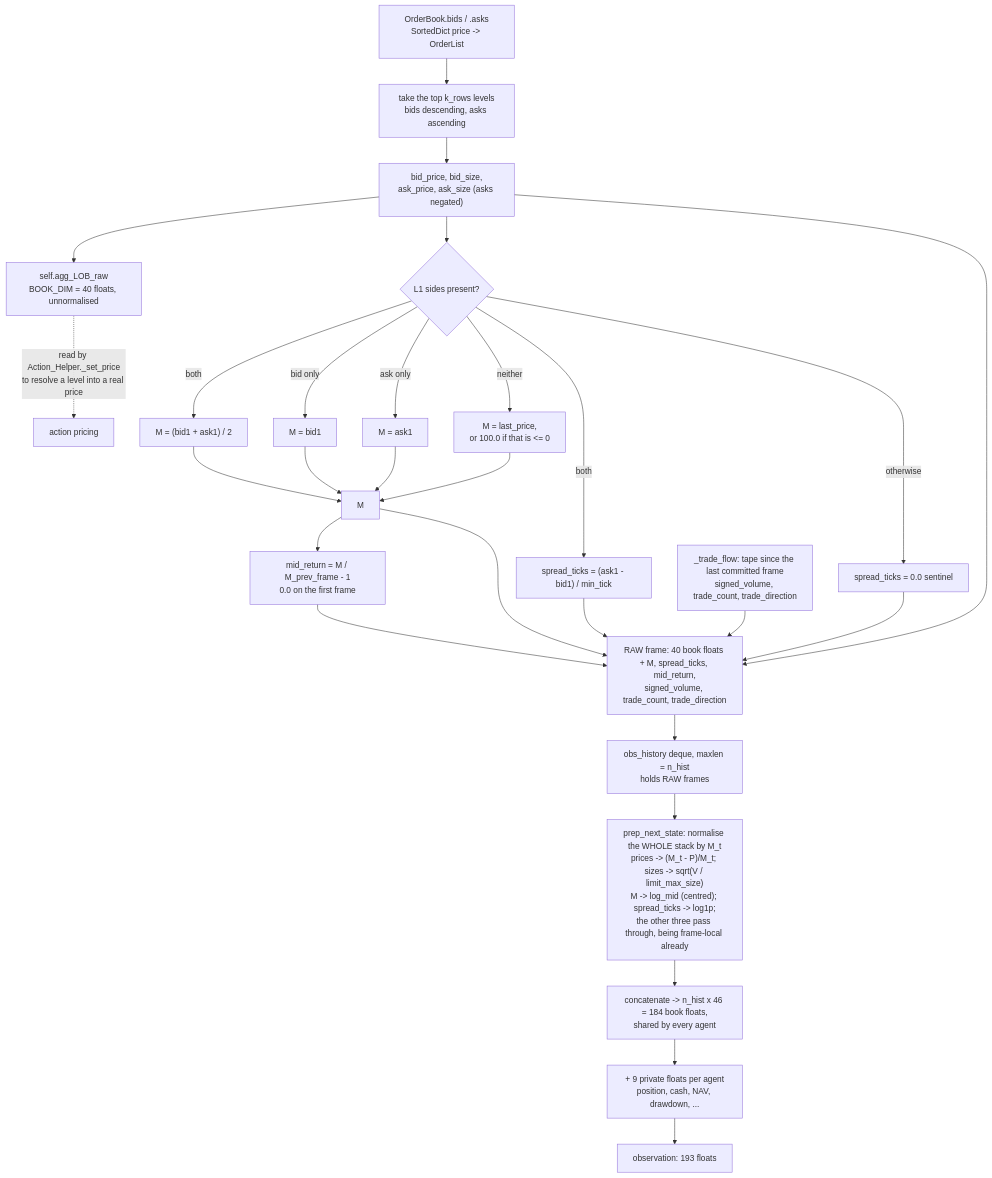
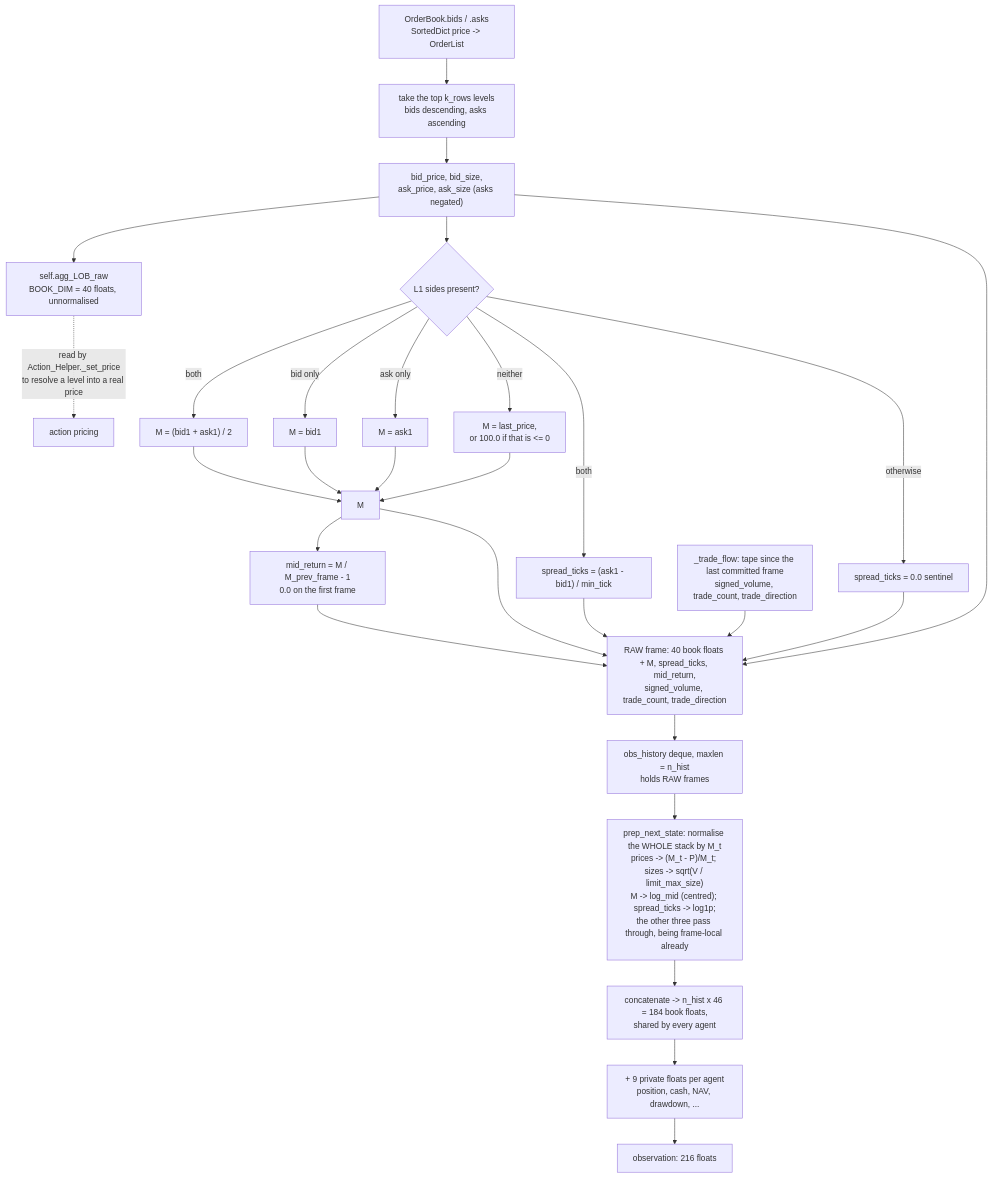
The first of 2 diagrams in doc/05_observation_space.md (ChuaCheowHuan/gym-continuousDoubleAuction), drawn with Mermaid before and after one commit. The commit also changed other lines of this file and 42 other files, not shown here.

````diff
--- a/doc/05_observation_space.md
+++ b/doc/05_observation_space.md
@@ -109,37 +133,37 @@
 ```mermaid
 flowchart TD
     LOB["OrderBook.bids / .asks<br/>SortedDict price -> OrderList"] --> TOP["take the top k_rows levels<br/>bids descending, asks ascending"]
     TOP --> RAW["bid_price, bid_size,<br/>ask_price, ask_size (asks negated)"]
     RAW --> KEEP["self.agg_LOB_raw<br/>BOOK_DIM = 40 floats, unnormalised"]
     KEEP -.->|"read by Action_Helper._set_price<br/>to resolve a level into a real price"| ACT["action pricing"]
 
     RAW --> M{"L1 sides present?"}
     M -->|"both"| M1["M = (bid1 + ask1) / 2"]
     M -->|"bid only"| M2["M = bid1"]
     M -->|"ask only"| M3["M = ask1"]
     M -->|"neither"| M4["M = last_price,<br/>or 100.0 if that is <= 0"]
 
     M1 --> MID["M"]
     M2 --> MID
     M3 --> MID
     M4 --> MID
 
     M -->|"both"| SPREAD["spread_ticks = (ask1 - bid1) / min_tick"]
     M -->|"otherwise"| SENT["spread_ticks = 0.0 sentinel"]
     MID --> MR["mid_return = M / M_prev_frame - 1<br/>0.0 on the first frame"]
     TAPE["_trade_flow: tape since the last committed frame<br/>signed_volume, trade_count, trade_direction"]
 
     RAW --> FRAME
     MID --> FRAME
     SPREAD --> FRAME
     SENT --> FRAME
     MR --> FRAME
     TAPE --> FRAME
     FRAME["RAW frame: 40 book floats + M, spread_ticks, mid_return,<br/>signed_volume, trade_count, trade_direction"]
 
     FRAME --> DEQ["obs_history deque, maxlen = n_hist<br/>holds RAW frames"]
     DEQ --> NORM["prep_next_state: normalise the WHOLE stack by M_t<br/>prices -> (M_t - P)/M_t; sizes -> sqrt(V / limit_max_size)<br/>M -> log_mid (centred); spread_ticks -> log1p;<br/>the other three pass through, being frame-local already"]
     NORM --> OBS["concatenate -> n_hist x 46 = 184 book floats,<br/>shared by every agent"]
     OBS --> PRIV["+ 9 private floats per agent<br/>position, cash, NAV, drawdown, ..."]
-    PRIV --> FULL["observation: 193 floats"]
+    PRIV --> FULL["observation: 216 floats"]
 ```
````
